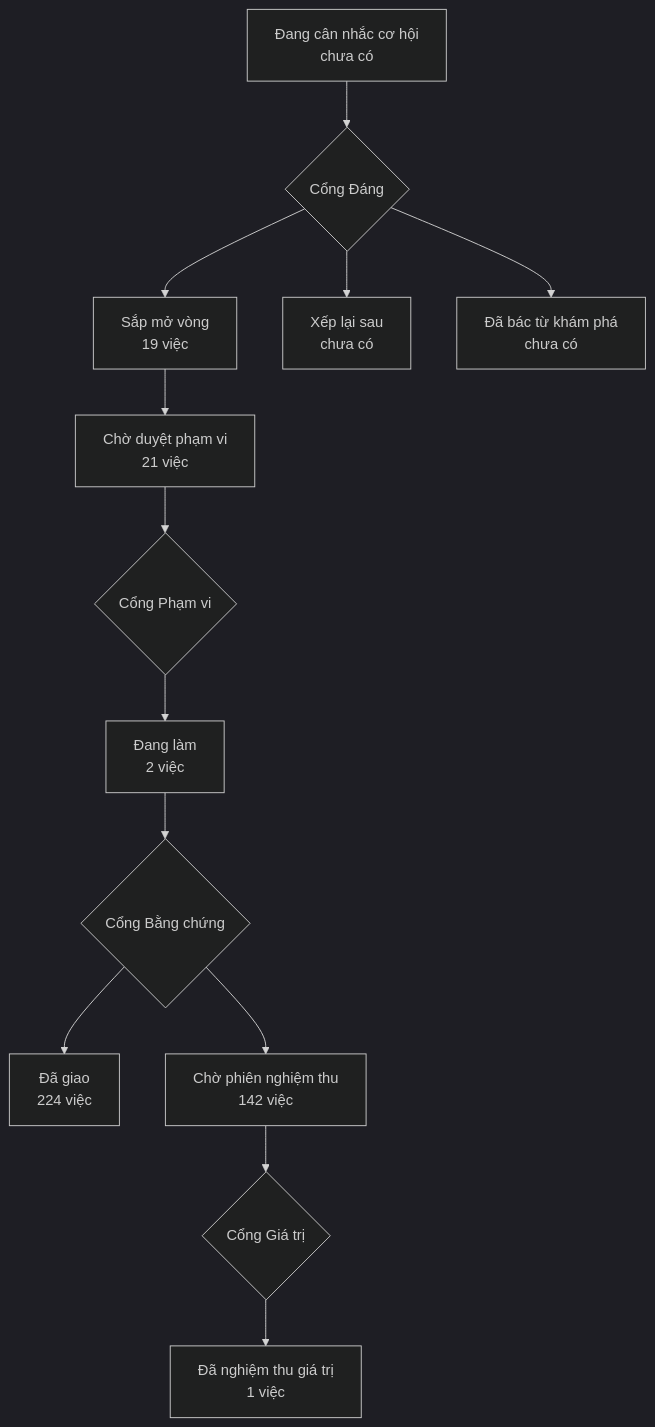
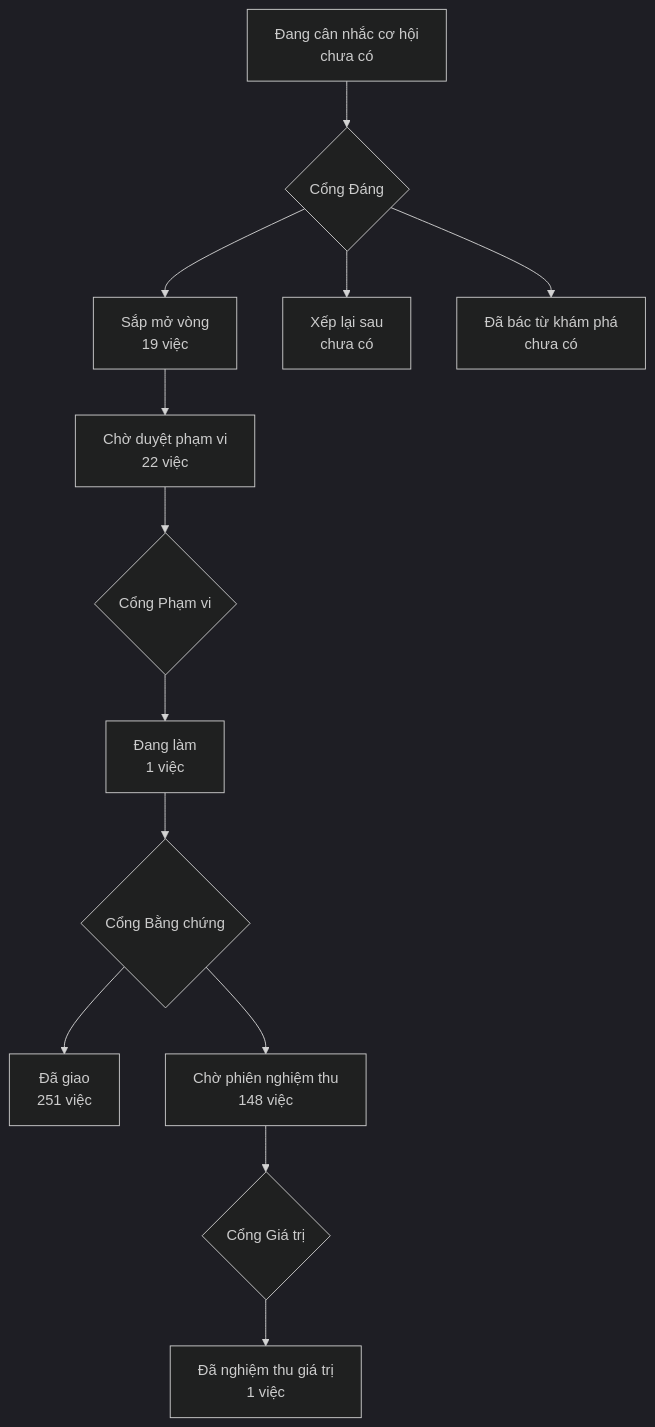
Before and after one commit to phanlemanh/onehub-invest: the diagram in PRODUCT-MAP.md, drawn with Mermaid (dark theme). The commit also changed other lines of this file and 3 other files, not shown here.

Commit message:
Gate 1: bang-noi-ma-du-an — Mạnh duyệt phạm vi bản 27/11

````diff
--- a/PRODUCT-MAP.md
+++ b/PRODUCT-MAP.md
@@ -7,12 +7,12 @@
 ```mermaid
 flowchart TD
   A["Đang cân nhắc cơ hội<br/>chưa có"] --> GD{"Cổng Đáng"}
   GD --> B["Sắp mở vòng<br/>19 việc"]
   GD --> XL["Xếp lại sau<br/>chưa có"]
   GD --> DB["Đã bác từ khám phá<br/>chưa có"]
-  B --> CD["Chờ duyệt phạm vi<br/>21 việc"] --> GP{"Cổng Phạm vi"}
-  GP --> DL["Đang làm<br/>2 việc"] --> GB{"Cổng Bằng chứng"}
-  GB --> DG["Đã giao<br/>224 việc"]
-  GB --> CN["Chờ phiên nghiệm thu<br/>142 việc"] --> GG{"Cổng Giá trị"}
+  B --> CD["Chờ duyệt phạm vi<br/>22 việc"] --> GP{"Cổng Phạm vi"}
+  GP --> DL["Đang làm<br/>1 việc"] --> GB{"Cổng Bằng chứng"}
+  GB --> DG["Đã giao<br/>251 việc"]
+  GB --> CN["Chờ phiên nghiệm thu<br/>148 việc"] --> GG{"Cổng Giá trị"}
   GG --> NT["Đã nghiệm thu giá trị<br/>1 việc"]
 ```
````
